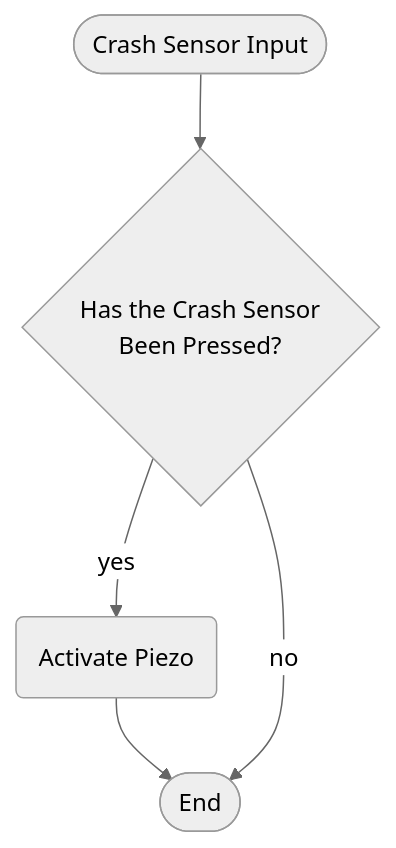
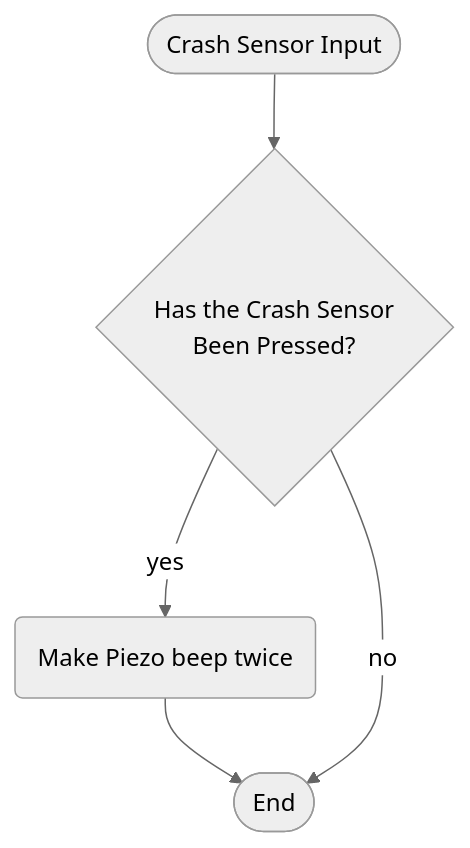
Before and after one commit to AjaySayer/Smart-Device-2023-Semester-1: the third of 3 diagrams in logic.md, drawn with Mermaid (neutral theme). The commit also changed other lines of this file and 1 other file, not shown here.

````diff
--- a/logic.md
+++ b/logic.md
@@ -57,17 +63,17 @@
  ```mermaid
  flowchart TD
     crashSensorInput([Crash Sensor Input])
 
     crashSensorInput-->crashSensorDecision
 
     crashSensorDecision{Has the Crash Sensor<br/>Been Pressed?}
 
     crashSensorDecision-->|yes|crashSensor
 
-    crashSensor(Activate Piezo)
+    crashSensor(Make Piezo beep twice)
     crashSensor-->complete
 
     crashSensorDecision-->|no|complete
 
     complete([End])
 ```
````
